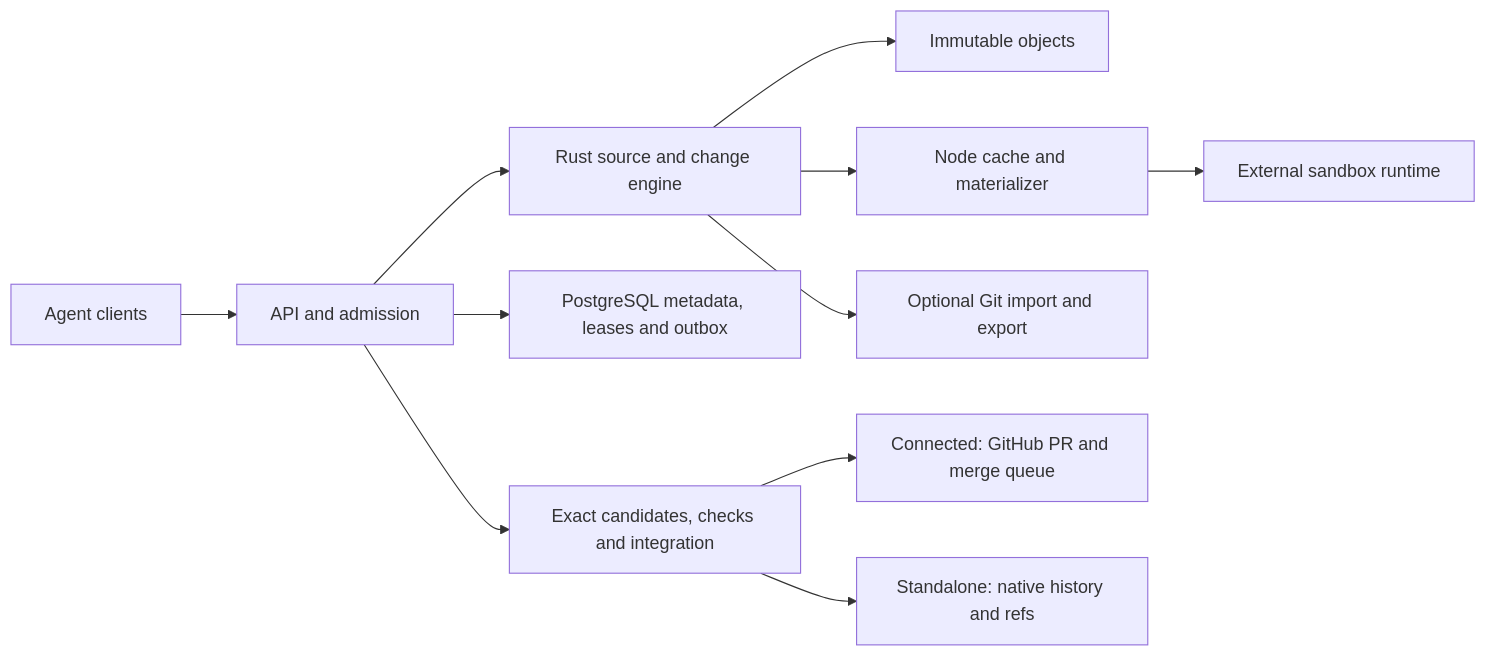
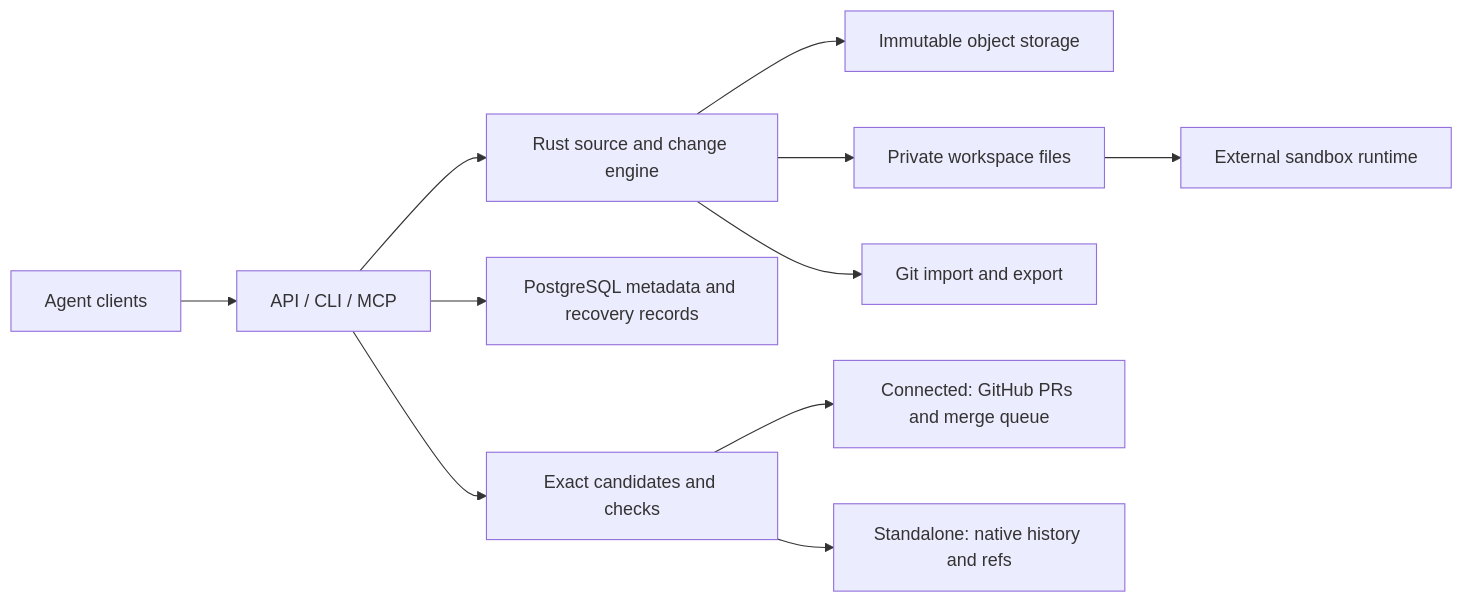
One commit to ArtAndrew/TreeHarbor changed the diagram in README.md. Above: the diagram before and after it, drawn with Mermaid. The commit also changed other lines of this file and 1 other file, not shown here.

````diff
--- a/README.md
+++ b/README.md
@@ -155,13 +145,13 @@
 ```mermaid
 flowchart LR
-    Agents[Agent clients] --> API[API and admission]
+    Agents[Agent clients] --> API[API / CLI / MCP]
     API --> Core[Rust source and change engine]
-    Core --> Objects[Immutable objects]
-    API --> DB[PostgreSQL metadata, leases and outbox]
-    Core --> Node[Node cache and materializer]
-    Node --> Runtime[External sandbox runtime]
-    API --> Queue[Exact candidates, checks and integration]
-    Queue --> Connected[Connected: GitHub PR and merge queue]
-    Queue --> Standalone[Standalone: native history and refs]
-    Core --> Bridge[Optional Git import and export]
+    Core --> Objects[Immutable object storage]
+    API --> DB[PostgreSQL metadata and recovery records]
+    Core --> Files[Private workspace files]
+    Files --> Runtime[External sandbox runtime]
+    API --> Checks[Exact candidates and checks]
+    Checks --> GitHub[Connected: GitHub PRs and merge queue]
+    Checks --> Native[Standalone: native history and refs]
+    Core --> Bridge[Git import and export]
 ```
````
